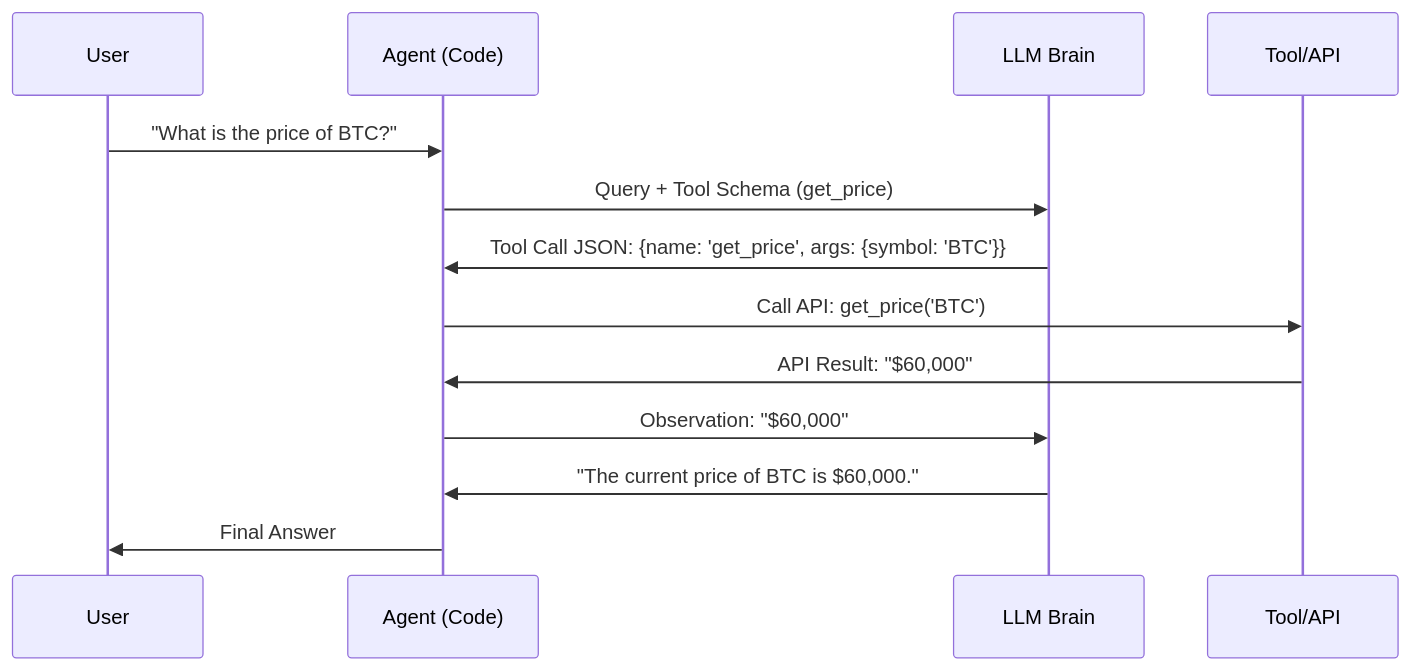
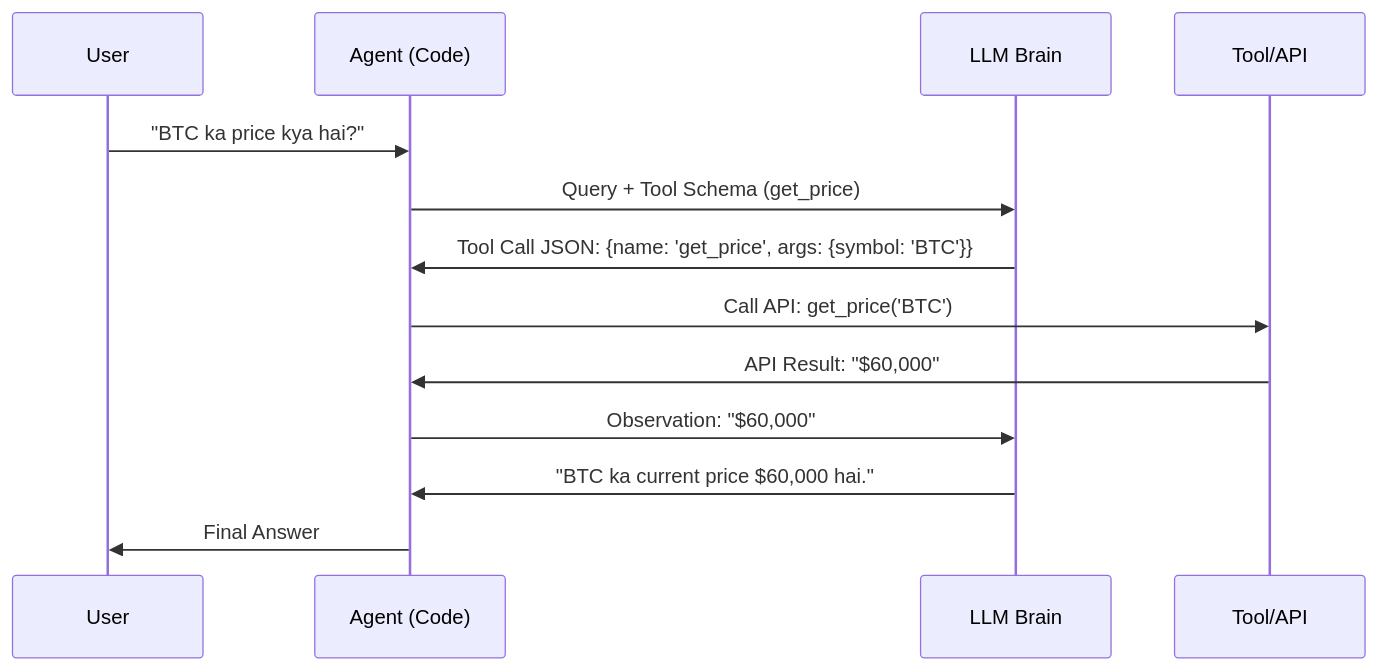
One commit to Sameer-Malik20/SusaGPT-Build-LLM-From-Scratch-With-Hinglish-Learning-Material changed the diagram in docs/agentic_ai_learning/03_Tool_Use_and_Function_Calling/Function_Calling_Complete_Guide.md. Above: the diagram before and after it, drawn with Mermaid. The commit also changed other lines of this file and 25 other files, not shown here.

````diff
--- a/docs/agentic_ai_learning/03_Tool_Use_and_Function_Calling/Function_Calling_Complete_Guide.md
+++ b/docs/agentic_ai_learning/03_Tool_Use_and_Function_Calling/Function_Calling_Complete_Guide.md
@@ -27,16 +27,16 @@
 ```mermaid
 sequenceDiagram
     participant U as User
     participant A as Agent (Code)
     participant L as LLM Brain
     participant T as Tool/API
 
-    U->>A: "What is the price of BTC?"
+    U->>A: "BTC ka price kya hai?"
     A->>L: Query + Tool Schema (get_price)
     L->>A: Tool Call JSON: {name: 'get_price', args: {symbol: 'BTC'}}
     A->>T: Call API: get_price('BTC')
     T->>A: API Result: "$60,000"
     A->>L: Observation: "$60,000"
-    L->>A: "The current price of BTC is $60,000."
+    L->>A: "BTC ka current price $60,000 hai."
     A->>U: Final Answer
 ```
````
